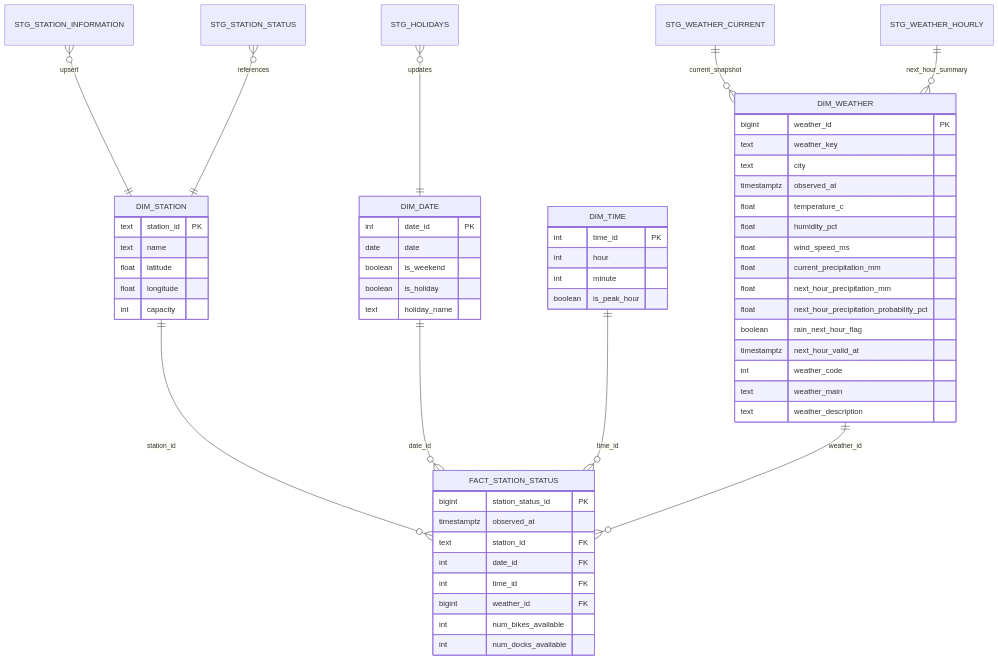
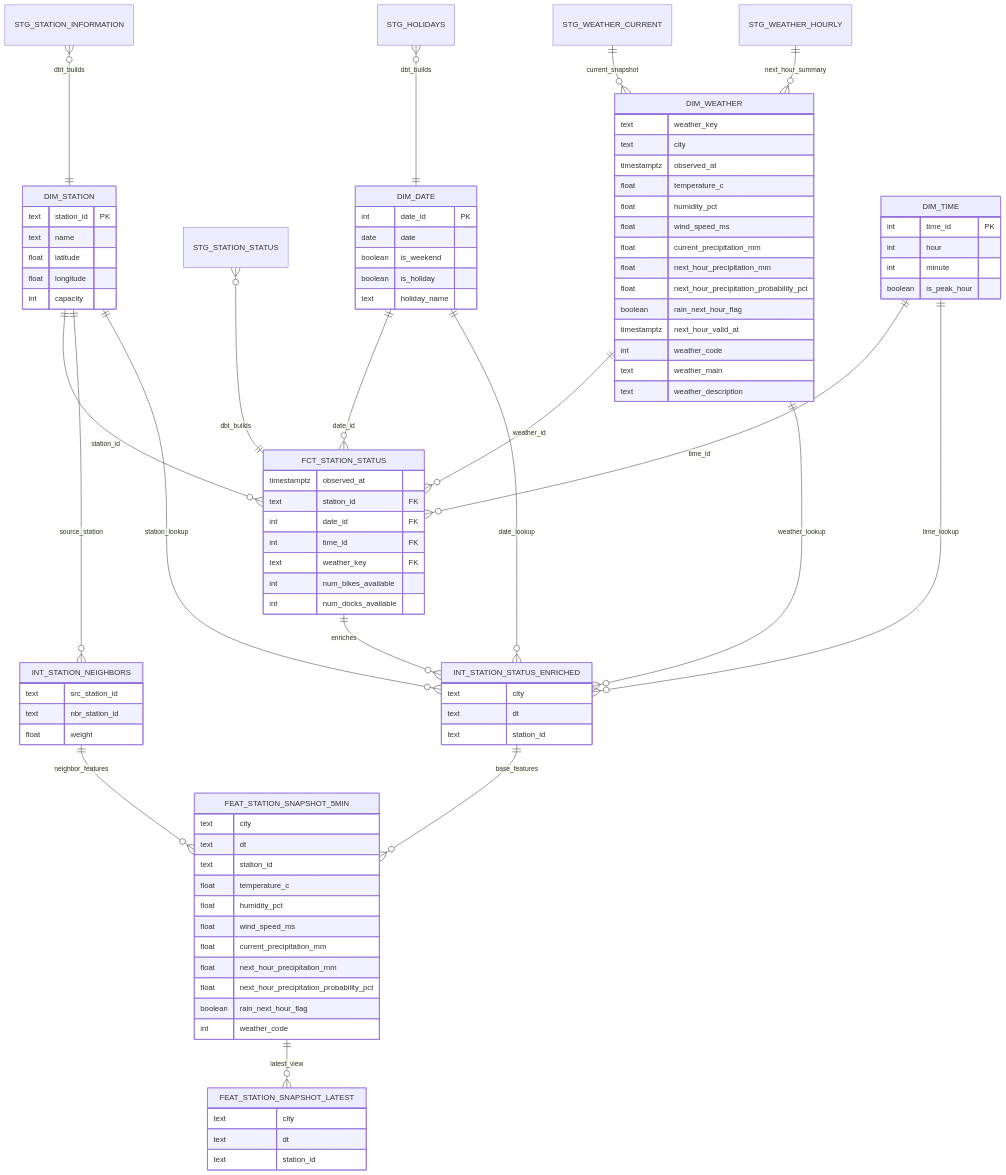
One commit to cchoooots98/mlops-bikeshare changed the diagram in docs/diagrams/day3_star_schema.mmd. Above: the diagram before and after it, drawn with Mermaid. The commit also changed 10 other files, not shown here.

```diff
--- a/docs/diagrams/day3_star_schema.mmd
+++ b/docs/diagrams/day3_star_schema.mmd
@@ -1,64 +1,106 @@
+%% Current implemented: stg_* + dim_weather + dim_date
+%% Planned next: dim_station, dim_time, fct_station_status, intermediate, features
 erDiagram
-    DIM_STATION ||--o{ FACT_STATION_STATUS : station_id
-    DIM_DATE ||--o{ FACT_STATION_STATUS : date_id
-    DIM_TIME ||--o{ FACT_STATION_STATUS : time_id
-    DIM_WEATHER ||--o{ FACT_STATION_STATUS : weather_id
-
-    STG_STATION_INFORMATION }o--|| DIM_STATION : upsert
-    STG_STATION_STATUS }o--|| DIM_STATION : references
-    STG_HOLIDAYS }o--|| DIM_DATE : updates
-
+    STG_STATION_INFORMATION }o--|| DIM_STATION : dbt_builds
+    STG_STATION_STATUS }o--|| FCT_STATION_STATUS : dbt_builds
+    STG_HOLIDAYS }o--|| DIM_DATE : dbt_builds
     STG_WEATHER_CURRENT ||--o{ DIM_WEATHER : current_snapshot
     STG_WEATHER_HOURLY ||--o{ DIM_WEATHER : next_hour_summary
+
+    DIM_STATION ||--o{ FCT_STATION_STATUS : station_id
+    DIM_DATE ||--o{ FCT_STATION_STATUS : date_id
+    DIM_TIME ||--o{ FCT_STATION_STATUS : time_id
+    DIM_WEATHER ||--o{ FCT_STATION_STATUS : weather_id
+
+    DIM_STATION ||--o{ INT_STATION_NEIGHBORS : source_station
+    DIM_STATION ||--o{ INT_STATION_STATUS_ENRICHED : station_lookup
+    DIM_DATE ||--o{ INT_STATION_STATUS_ENRICHED : date_lookup
+    DIM_TIME ||--o{ INT_STATION_STATUS_ENRICHED : time_lookup
+    DIM_WEATHER ||--o{ INT_STATION_STATUS_ENRICHED : weather_lookup
+    FCT_STATION_STATUS ||--o{ INT_STATION_STATUS_ENRICHED : enriches
+
+    INT_STATION_NEIGHBORS ||--o{ FEAT_STATION_SNAPSHOT_5MIN : neighbor_features
+    INT_STATION_STATUS_ENRICHED ||--o{ FEAT_STATION_SNAPSHOT_5MIN : base_features
+    FEAT_STATION_SNAPSHOT_5MIN ||--o{ FEAT_STATION_SNAPSHOT_LATEST : latest_view
 
     DIM_STATION {
         text station_id PK
         text name
         float latitude
         float longitude
         int capacity
     }
 
     DIM_DATE {
         int date_id PK
         date date
         boolean is_weekend
         boolean is_holiday
         text holiday_name
     }
 
     DIM_TIME {
         int time_id PK
         int hour
         int minute
         boolean is_peak_hour
     }
 
     DIM_WEATHER {
-        bigint weather_id PK
         text weather_key
         text city
         timestamptz observed_at
         float temperature_c
         float humidity_pct
         float wind_speed_ms
         float current_precipitation_mm
         float next_hour_precipitation_mm
         float next_hour_precipitation_probability_pct
         boolean rain_next_hour_flag
         timestamptz next_hour_valid_at
         int weather_code
         text weather_main
         text weather_description
     }
 
-    FACT_STATION_STATUS {
-        bigint station_status_id PK
+    FCT_STATION_STATUS {
         timestamptz observed_at
         text station_id FK
         int date_id FK
         int time_id FK
-        bigint weather_id FK
+        text weather_key FK
         int num_bikes_available
         int num_docks_available
     }
+
+    INT_STATION_NEIGHBORS {
+        text src_station_id
+        text nbr_station_id
+        float weight
+    }
+
+    INT_STATION_STATUS_ENRICHED {
+        text city
+        text dt
+        text station_id
+    }
+
+    FEAT_STATION_SNAPSHOT_5MIN {
+        text city
+        text dt
+        text station_id
+        float temperature_c
+        float humidity_pct
+        float wind_speed_ms
+        float current_precipitation_mm
+        float next_hour_precipitation_mm
+        float next_hour_precipitation_probability_pct
+        boolean rain_next_hour_flag
+        int weather_code
+    }
+
+    FEAT_STATION_SNAPSHOT_LATEST {
+        text city
+        text dt
+        text station_id
+    }
```
